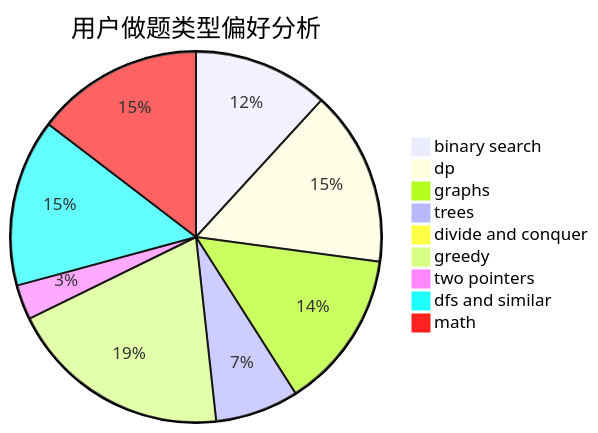
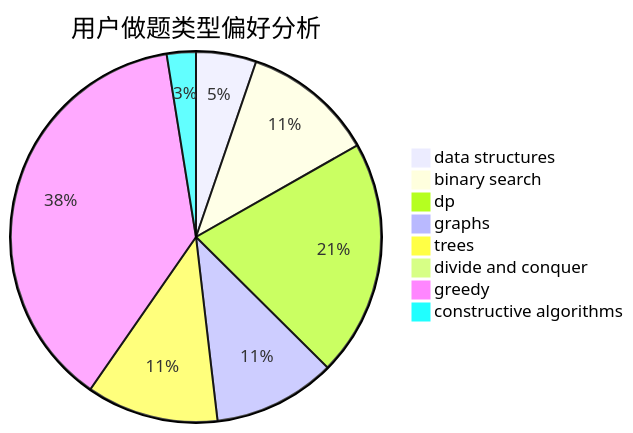
The second of 3 diagrams in docs/user/u438.md (sherpahu/cfrs.github.io), drawn with Mermaid before and after one commit. The commit also changed other lines of this file and 2775 other files, not shown here.

````diff
--- a/docs/user/u438.md
+++ b/docs/user/u438.md
@@ -23,12 +23,11 @@
 ```mermaid
 pie title 用户做题类型偏好分析
-    "binary search" :  295
-    "dp" :  383
-    "graphs" :  346
-    "trees" :  182
+    "data structures" :  58
+    "binary search" :  127
+    "dp" :  228
+    "graphs" :  118
+    "trees" :  127
     "divide and conquer" :  7
-    "greedy" :  487
-    "two pointers" :  76
-    "dfs and similar" :  365
-    "math" :  365
+    "greedy" :  417
+    "constructive algorithms" :  28
 ```
````
